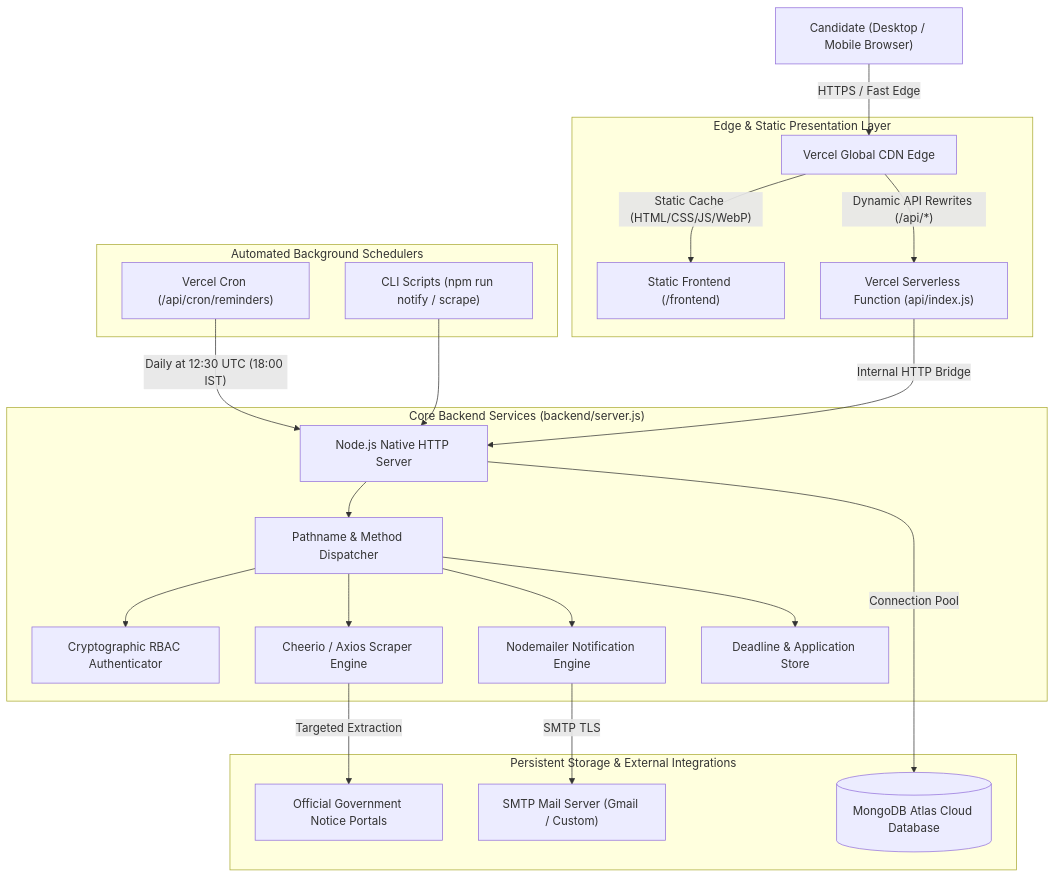
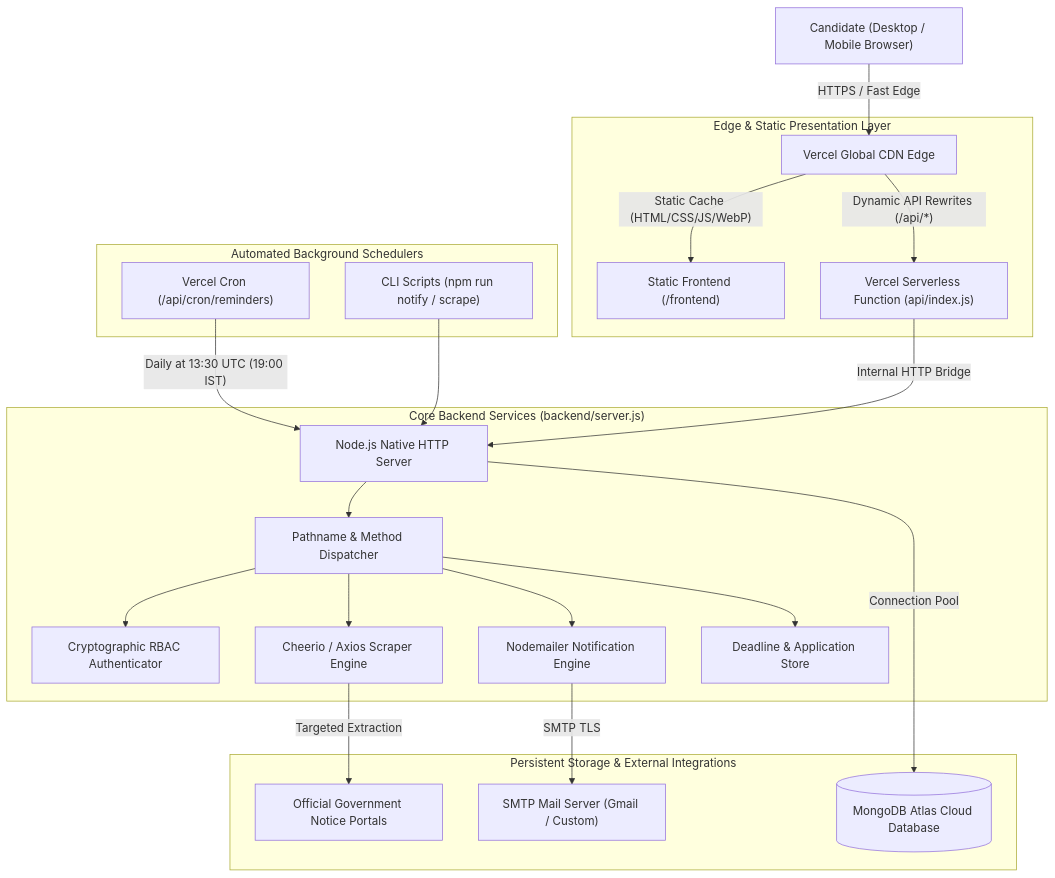
One commit to Inscrutable21/Sarkari_Result changed the first of 3 diagrams in README.md. Above: the diagram before and after it, drawn with Mermaid. The commit also changed other lines of this file and 15 other files, not shown here.

````diff
--- a/README.md
+++ b/README.md
@@ -110,29 +110,29 @@
 ```mermaid
 graph TD
     UserClient["Candidate (Desktop / Mobile Browser)"] -->|"HTTPS / Fast Edge"| VercelEdge["Vercel Global CDN Edge"]
     
     subgraph "Edge & Static Presentation Layer"
         VercelEdge -->|"Static Cache (HTML/CSS/JS/WebP)"| StaticAssets["Static Frontend (/frontend)"]
         VercelEdge -->|"Dynamic API Rewrites (/api/*)"| ServerlessGateway["Vercel Serverless Function (api/index.js)"]
     end
 
     subgraph "Core Backend Services (backend/server.js)"
         ServerlessGateway -->|"Internal HTTP Bridge"| NodeServer["Node.js Native HTTP Server"]
         NodeServer --> Router["Pathname & Method Dispatcher"]
         Router --> AuthModule["Cryptographic RBAC Authenticator"]
         Router --> ScraperModule["Cheerio / Axios Scraper Engine"]
         Router --> NotifyModule["Nodemailer Notification Engine"]
         Router --> TrackerModule["Deadline & Application Store"]
     end
 
     subgraph "Persistent Storage & External Integrations"
         NodeServer -->|"Connection Pool"| MongoDB[("MongoDB Atlas Cloud Database")]
         NotifyModule -->|"SMTP TLS"| EmailRelay["SMTP Mail Server (Gmail / Custom)"]
         ScraperModule -->|"Targeted Extraction"| ExternalGovPortals["Official Government Notice Portals"]
     end
 
     subgraph "Automated Background Schedulers"
-        VercelCron["Vercel Cron (/api/cron/reminders)"] -->|"Daily at 12:30 UTC (18:00 IST)"| NodeServer
+        VercelCron["Vercel Cron (/api/cron/reminders)"] -->|"Daily at 13:30 UTC (19:00 IST)"| NodeServer
         LocalCLI["CLI Scripts (npm run notify / scrape)"] --> NodeServer
     end
 ```
````
